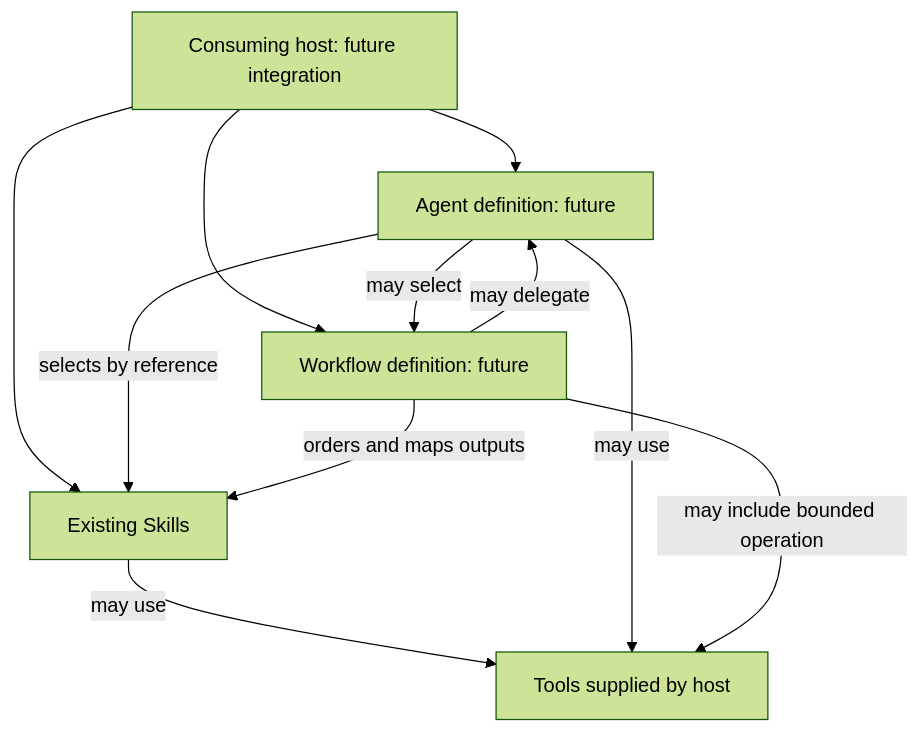
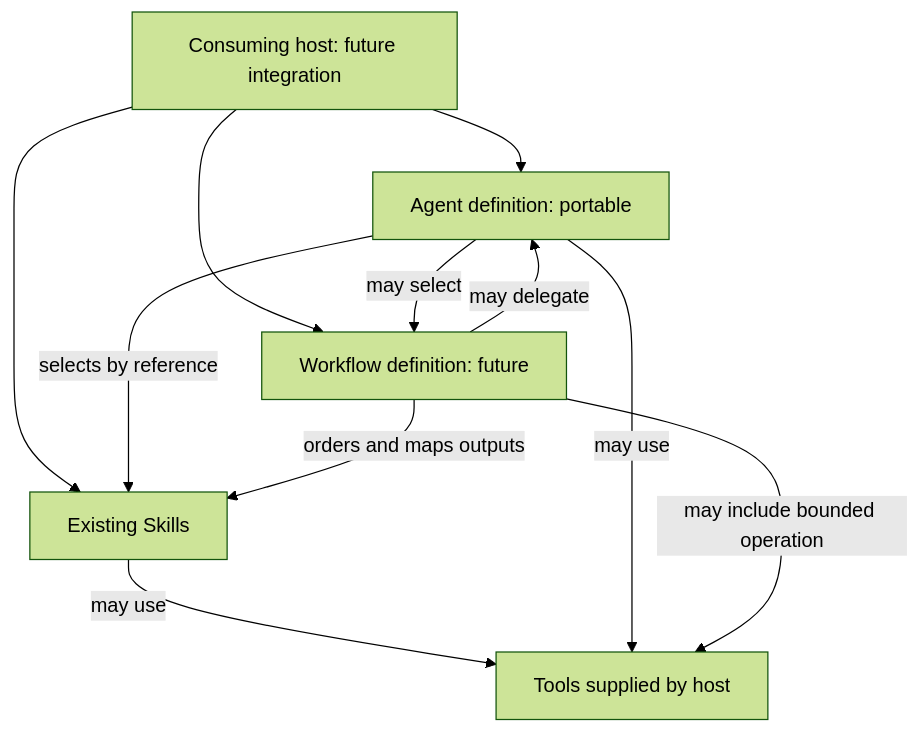
One commit to jac2206/agentic-skills changed the diagram in docs/architecture.md. Above: the diagram before and after it, drawn with Mermaid (forest theme). The commit also changed other lines of this file and 4 other files, not shown here.

````diff
--- a/docs/architecture.md
+++ b/docs/architecture.md
@@ -98,13 +99,13 @@
 ```mermaid
 flowchart TD
-    H["Consuming host: future integration"] --> A["Agent definition: future"]
+    H["Consuming host: future integration"] --> A["Agent definition: portable"]
     H --> W["Workflow definition: future"]
     H --> S["Existing Skills"]
     A -->|selects by reference| S
     A -->|may select| W
     W -->|orders and maps outputs| S
     W -->|may delegate| A
     S -->|may use| T["Tools supplied by host"]
     A -->|may use| T
     W -->|may include bounded operation| T
 ```
````
